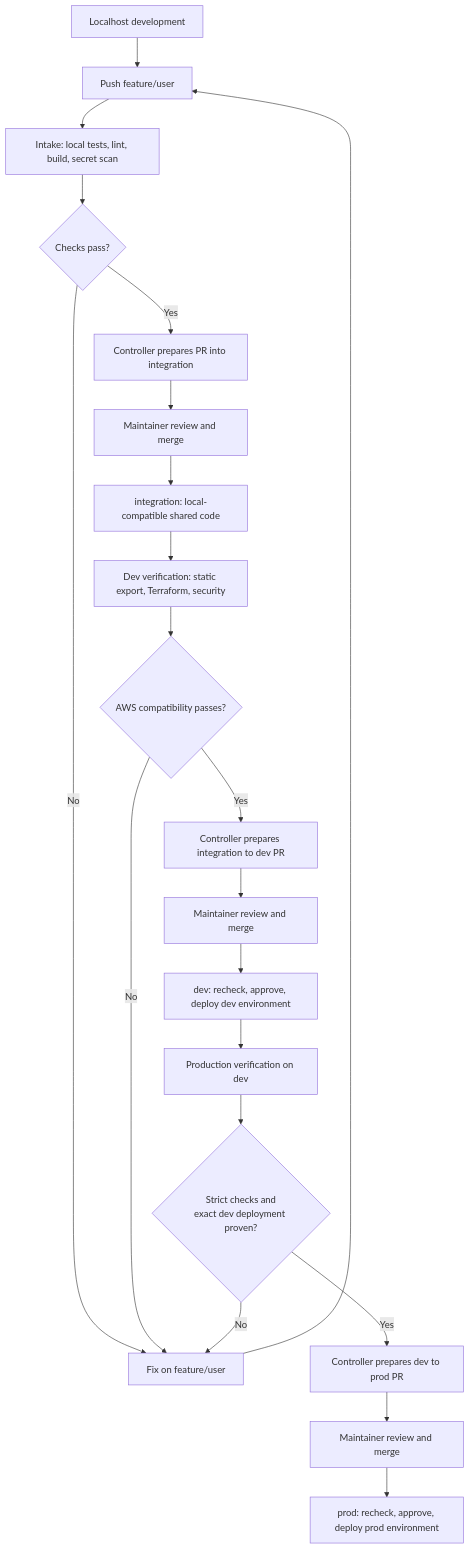
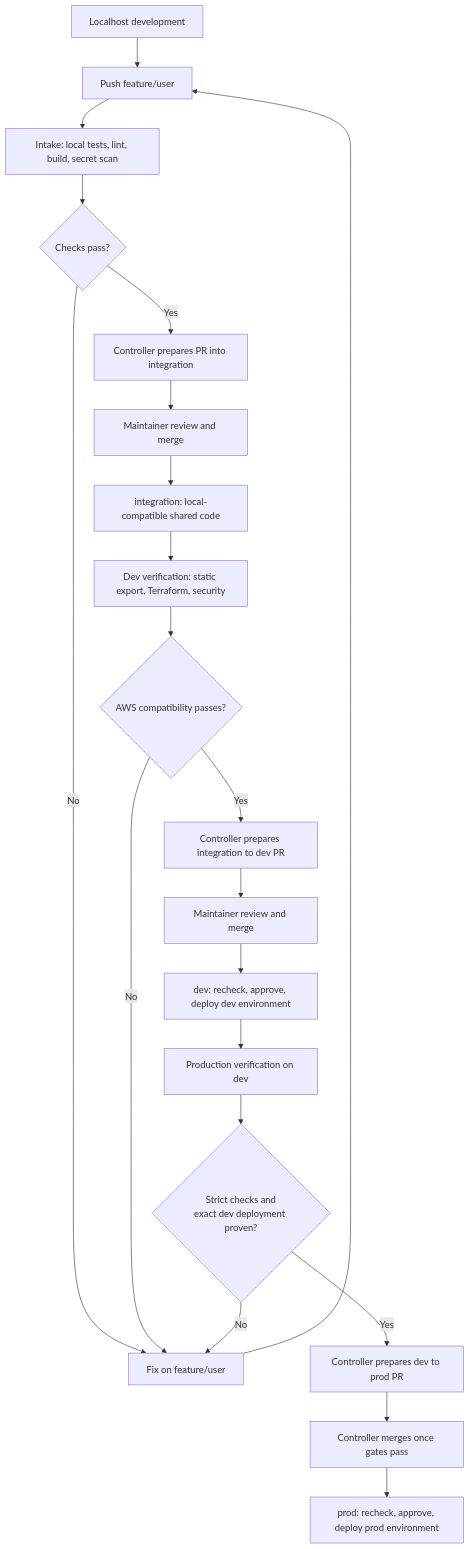
One commit to Yale-Undergraduate-Consulting-Group/club-res-website changed the first of 18 diagrams in docs/CI_CD.md. Above: the diagram before and after it, drawn with Mermaid. The commit also changed other lines of this file and 8 other files, not shown here.

Commit message:
Promotion: merge stage PRs automatically once their gates pass, as the promotion GitHub App; prod keeps its deployment approval

````diff
--- a/docs/CI_CD.md
+++ b/docs/CI_CD.md
@@ -30,23 +30,23 @@
 ```mermaid
 flowchart TD
   L["Localhost development"] --> F["Push feature/user"]
   F --> I["Intake: local tests, lint, build, secret scan"]
   I --> G{"Checks pass?"}
   G -->|No| FIX["Fix on feature/user"]
   FIX --> F
   G -->|Yes| PR["Controller prepares PR into integration"]
   PR --> R["Maintainer review and merge"]
   R --> INT["integration: local-compatible shared code"]
   INT --> D["Dev verification: static export, Terraform, security"]
   D --> DG{"AWS compatibility passes?"}
   DG -->|No| FIX
   DG -->|Yes| DP["Controller prepares integration to dev PR"]
   DP --> DR["Maintainer review and merge"]
   DR --> DEV["dev: recheck, approve, deploy dev environment"]
   DEV --> P["Production verification on dev"]
   P --> PG{"Strict checks and<br/>exact dev deployment proven?"}
   PG -->|No| FIX
   PG -->|Yes| PP["Controller prepares dev to prod PR"]
-  PP --> PRV["Maintainer review and merge"]
+  PP --> PRV["Controller merges once gates pass"]
   PRV --> PROD["prod: recheck, approve, deploy prod environment"]
 ```
````
